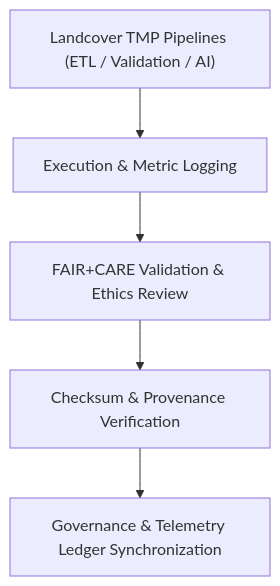
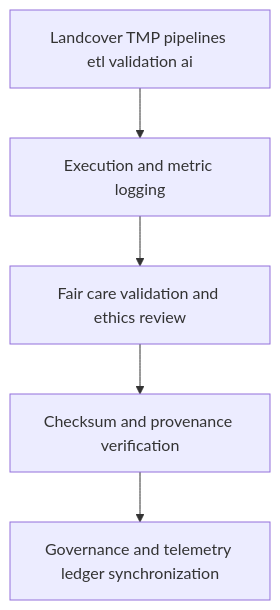
The diagram in data/work/tmp/landcover/logs/README.md (bartytime4life/Kansas-Frontier-Matrix), drawn with Mermaid before and after one commit. The commit also changed other lines of this file, not shown here.

First line of the commit message:
Upgrade README for Landcover TMP Logs to v10.0.0

````diff
--- a/data/work/tmp/landcover/logs/README.md
+++ b/data/work/tmp/landcover/logs/README.md
@@ -67,7 +75,8 @@
 ```mermaid
 flowchart TD
-    A["Landcover TMP Pipelines (ETL / Validation / AI)"] --> B["Execution & Metric Logging"]
-    B --> C["FAIR+CARE Validation & Ethics Review"]
-    C --> D["Checksum & Provenance Verification"]
-    D --> E["Governance & Telemetry Ledger Synchronization"]
+    A["Landcover TMP pipelines etl validation ai"]
+      --> B["Execution and metric logging"]
+      --> C["Fair care validation and ethics review"]
+      --> D["Checksum and provenance verification"]
+      --> E["Governance and telemetry ledger synchronization"]
 ```
````
